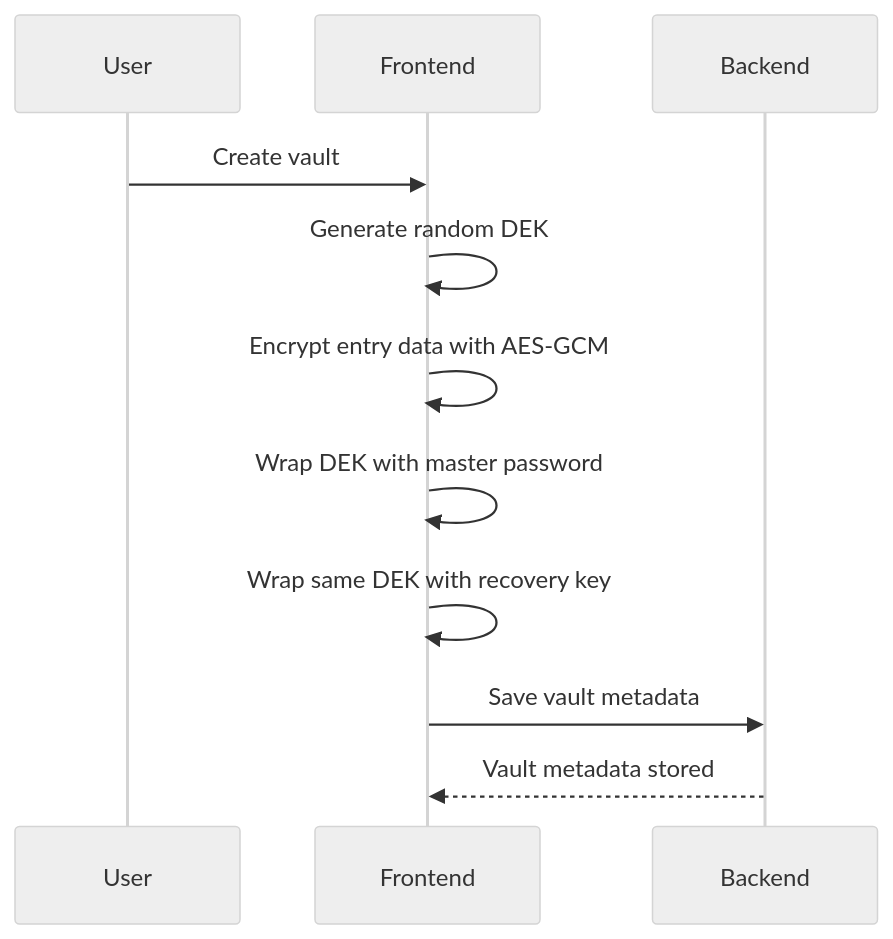
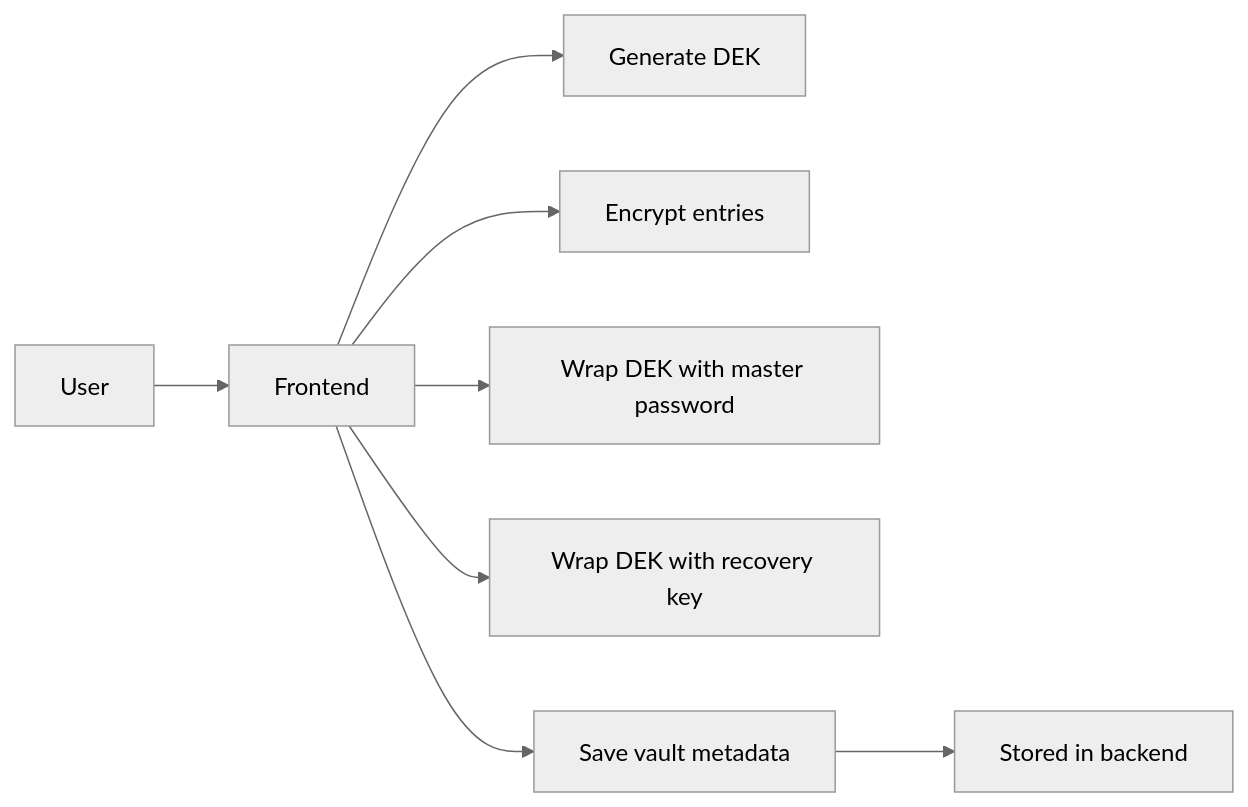
The second of 4 diagrams in docs/architecture.md (riddhijain1509/Keymate), drawn with Mermaid (neutral theme) before and after one commit. The commit also changed other lines of this file and 1 other file, not shown here.

````diff
--- a/docs/architecture.md
+++ b/docs/architecture.md
@@ -41,14 +41,10 @@
 ```mermaid
-sequenceDiagram
-  participant U as User
-  participant F as Frontend
-  participant B as Backend
-
-  U->>F: Create vault
-  F->>F: Generate random DEK
-  F->>F: Encrypt entry data with AES-GCM
-  F->>F: Wrap DEK with master password
-  F->>F: Wrap same DEK with recovery key
-  F->>B: Save vault metadata
-  B-->>F: Vault metadata stored
+graph LR
+  U[User] --> F[Frontend]
+  F --> G[Generate DEK]
+  F --> E[Encrypt entries]
+  F --> M[Wrap DEK with master password]
+  F --> R[Wrap DEK with recovery key]
+  F --> B[Save vault metadata]
+  B --> S[Stored in backend]
 ```
````
